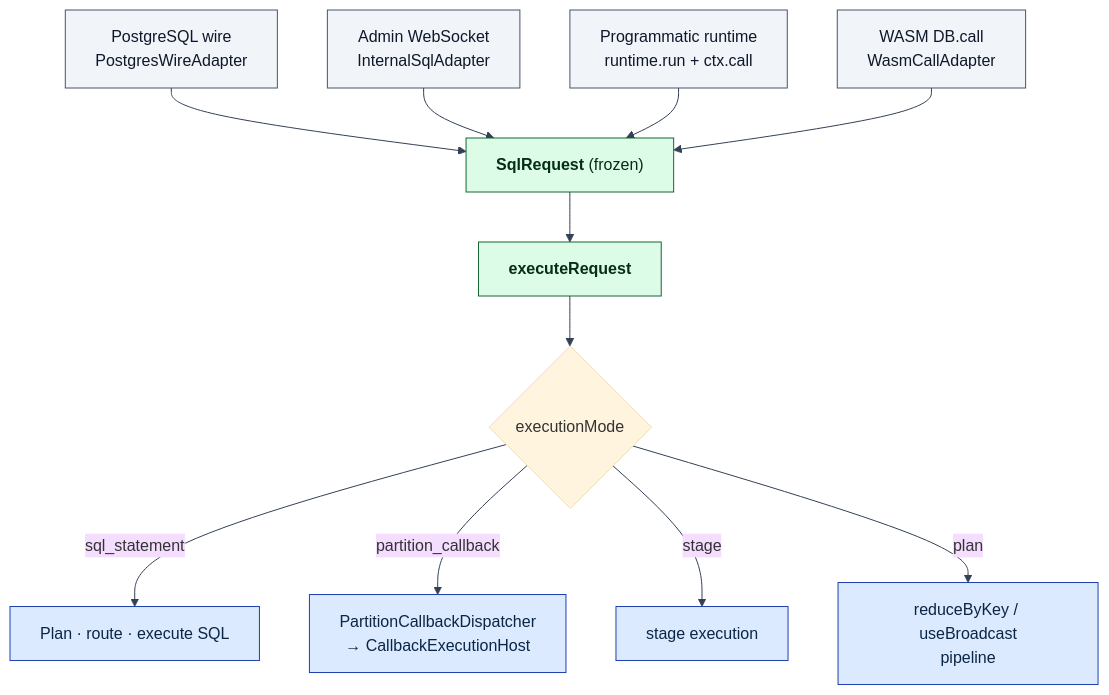
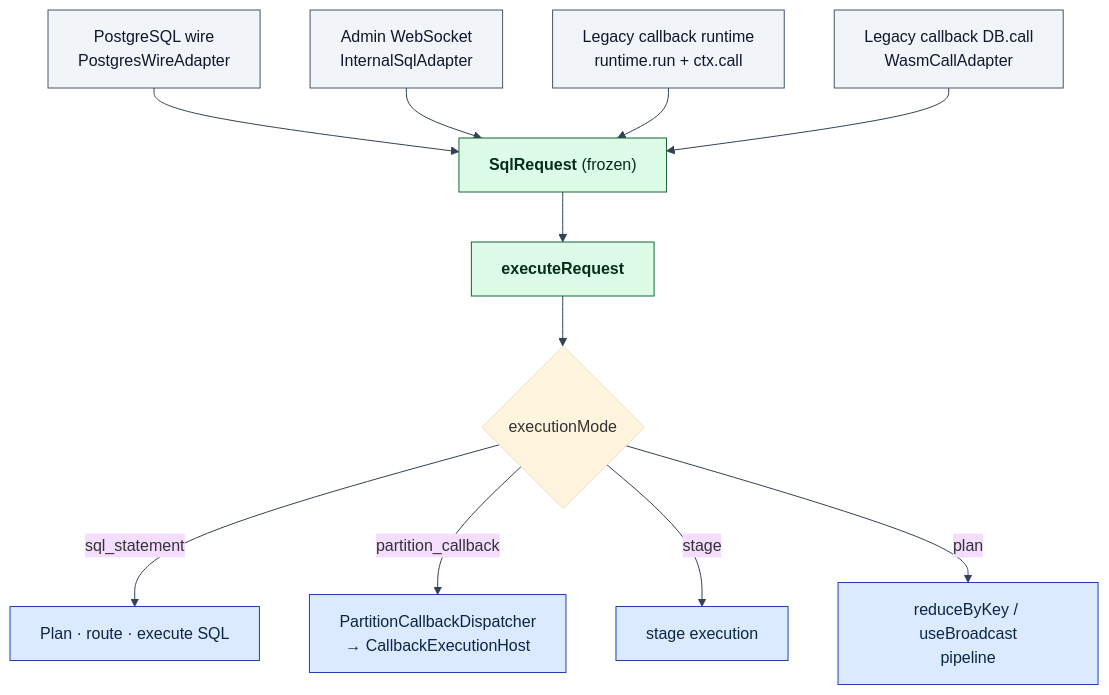
One commit to psvensson/lagrange changed the second of 5 diagrams in architecture/process-request-routing.md. Above: the diagram before and after it, drawn with Mermaid. The commit also changed other lines of this file and 69 other files, not shown here.

````diff
--- a/architecture/process-request-routing.md
+++ b/architecture/process-request-routing.md
@@ -58,18 +67,18 @@
 ```mermaid
 %%{init: {'theme':'base','themeVariables':{'background':'#ffffff','lineColor':'#334155','textColor':'#0f172a'}}}%%
 flowchart TD
   PG["PostgreSQL wire<br/>PostgresWireAdapter"]:::ext --> RQ
   AD["Admin WebSocket<br/>InternalSqlAdapter"]:::ext --> RQ
-  RT["Programmatic runtime<br/>runtime.run + ctx.call"]:::ext --> RQ
-  WA["WASM DB.call<br/>WasmCallAdapter"]:::ext --> RQ
+  RT["Legacy callback runtime<br/>runtime.run + ctx.call"]:::ext --> RQ
+  WA["Legacy callback DB.call<br/>WasmCallAdapter"]:::ext --> RQ
   RQ["<b>SqlRequest</b> (frozen)"]:::svc --> EX["<b>executeRequest</b>"]:::svc
   EX --> M{"executionMode"}
   M -->|"sql_statement"| SQ["Plan · route · execute SQL"]:::data
   M -->|"partition_callback"| CB["PartitionCallbackDispatcher<br/>→ CallbackExecutionHost"]:::data
   M -->|"stage"| SG["stage execution"]:::data
   M -->|"plan"| PL["reduceByKey / useBroadcast<br/>pipeline"]:::data
 
   classDef data fill:#dbeafe,stroke:#1e40af,color:#0b2545
   classDef svc fill:#dcfce7,stroke:#166534,color:#052e16
   classDef ext fill:#f1f5f9,stroke:#475569,color:#0f172a
 ```
````
